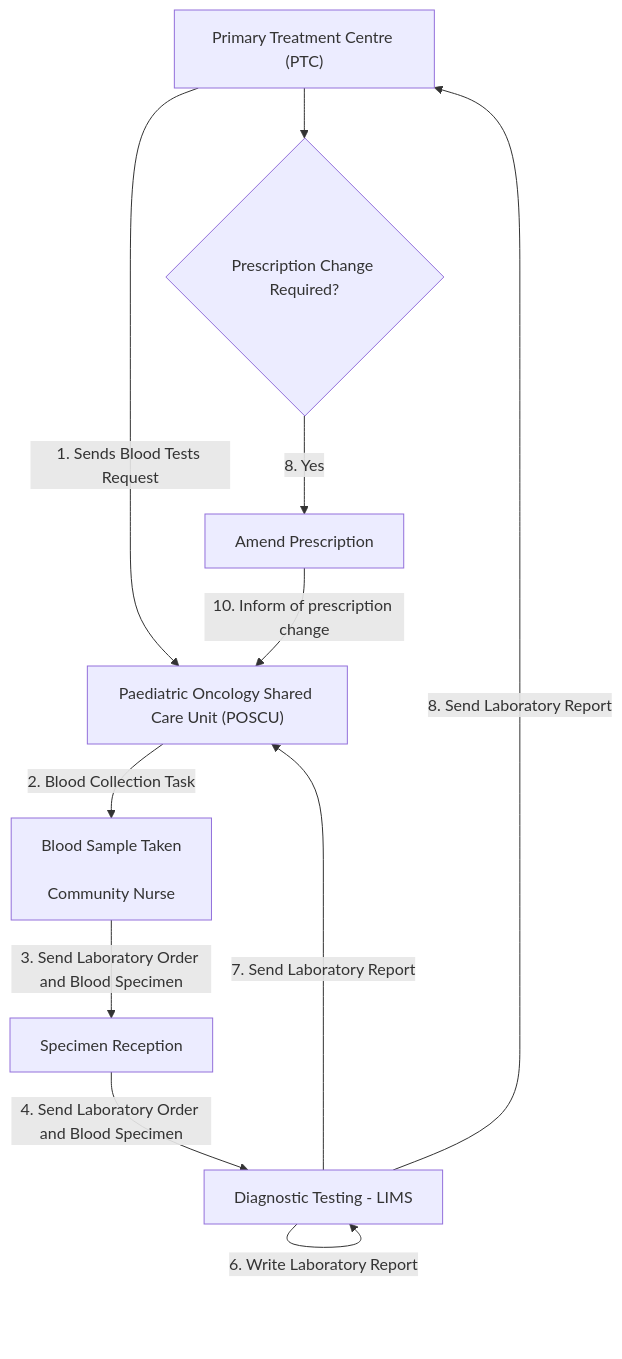
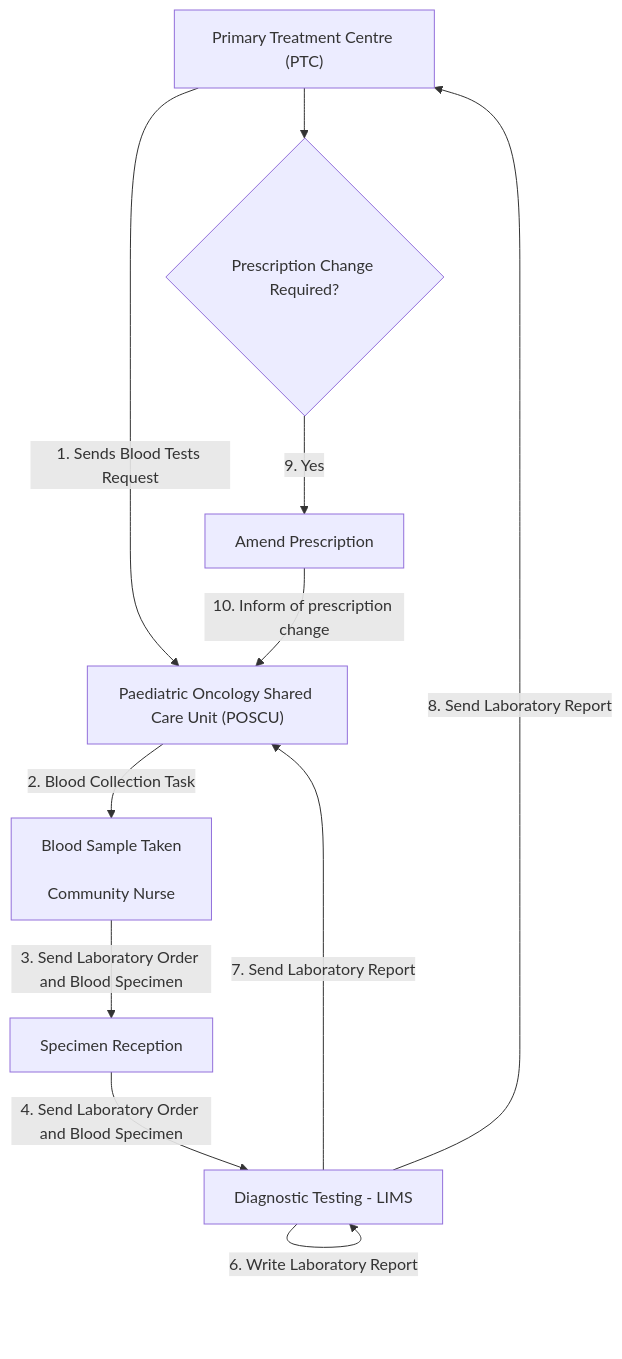
The first of 2 diagrams in input/pagecontent/SET.md (uk-gov-mirror/nw-gmsa.nw-gmsa.github.com), drawn with Mermaid before and after one commit.

````diff
--- a/input/pagecontent/SET.md
+++ b/input/pagecontent/SET.md
@@ -24,14 +24,14 @@
 ```mermaid
 graph TD
     PTC["Primary Treatment Centre (PTC)"] --> |1. Sends Blood Tests Request| POSCU["Paediatric Oncology Shared Care Unit (POSCU)"]
     POSCU --> |2. Blood Collection Task| Collection["Blood Sample Taken<br/><br/>Community Nurse"] 
     Collection --> |3. Send Laboratory Order and Blood Specimen| SpecimenReception[Specimen Reception]
     SpecimenReception --> |4. Send Laboratory Order and Blood Specimen| LIMS[Diagnostic Testing - LIMS]
     LIMS --> |5. Performs Blood Test| LIMS
     LIMS --> |6. Write Laboratory Report| LIMS
     LIMS --> |7. Send Laboratory Report| POSCU
     LIMS --> |8. Send Laboratory Report| PTC
     PTC --> Prescription{Prescription Change Required?}
-    Prescription --> |8. Yes| Medication[Amend Prescription]
+    Prescription --> |9. Yes| Medication[Amend Prescription]
     Medication --> |10. Inform of prescription change| POSCU      
 ```
````
